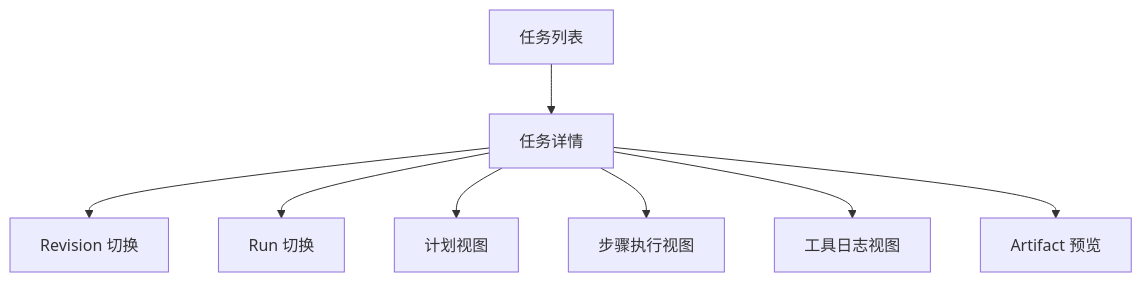
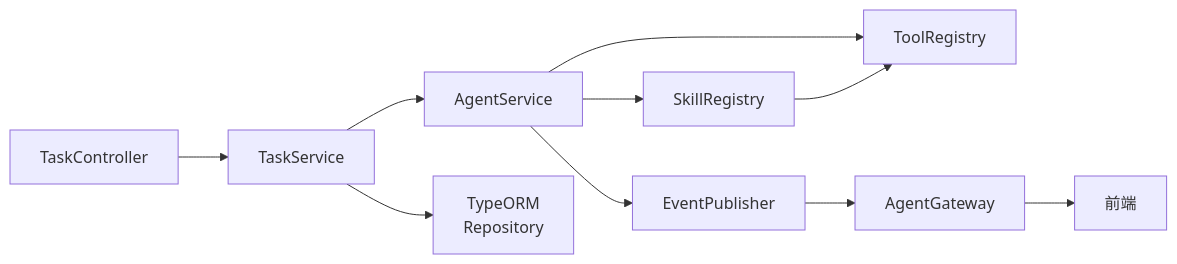
Before and after one commit to iceberg211/ai-agent-course-code: the sixth of 6 diagrams in docs/简易版-Manus-技术方案总览.md, drawn with Mermaid. The commit also changed other lines of this file and 4 other files, not shown here.

````diff
--- a/docs/简易版-Manus-技术方案总览.md
+++ b/docs/简易版-Manus-技术方案总览.md
@@ -554,10 +811,12 @@
 ```mermaid
-flowchart TB
-    A["任务列表"] --> B["任务详情"]
-    B --> C["Revision 切换"]
-    B --> D["Run 切换"]
-    B --> E["计划视图"]
-    B --> F["步骤执行视图"]
-    B --> G["工具日志视图"]
-    B --> H["Artifact 预览"]
+flowchart LR
+    TC["TaskController"] --> TS["TaskService"]
+    TS --> AS["AgentService"]
+    AS --> SR["SkillRegistry"]
+    AS --> TR["ToolRegistry"]
+    SR --> TR
+    AS --> EP["EventPublisher"]
+    TS --> DB["TypeORM\nRepository"]
+    EP --> GW["AgentGateway"]
+    GW --> FE["前端"]
 ```
````
